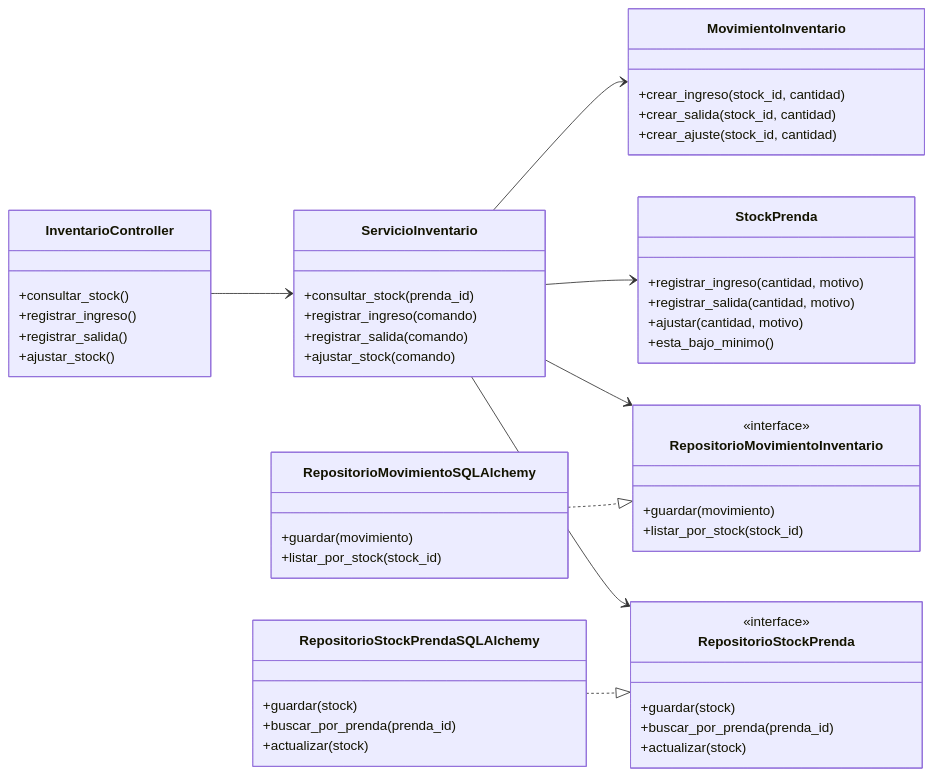
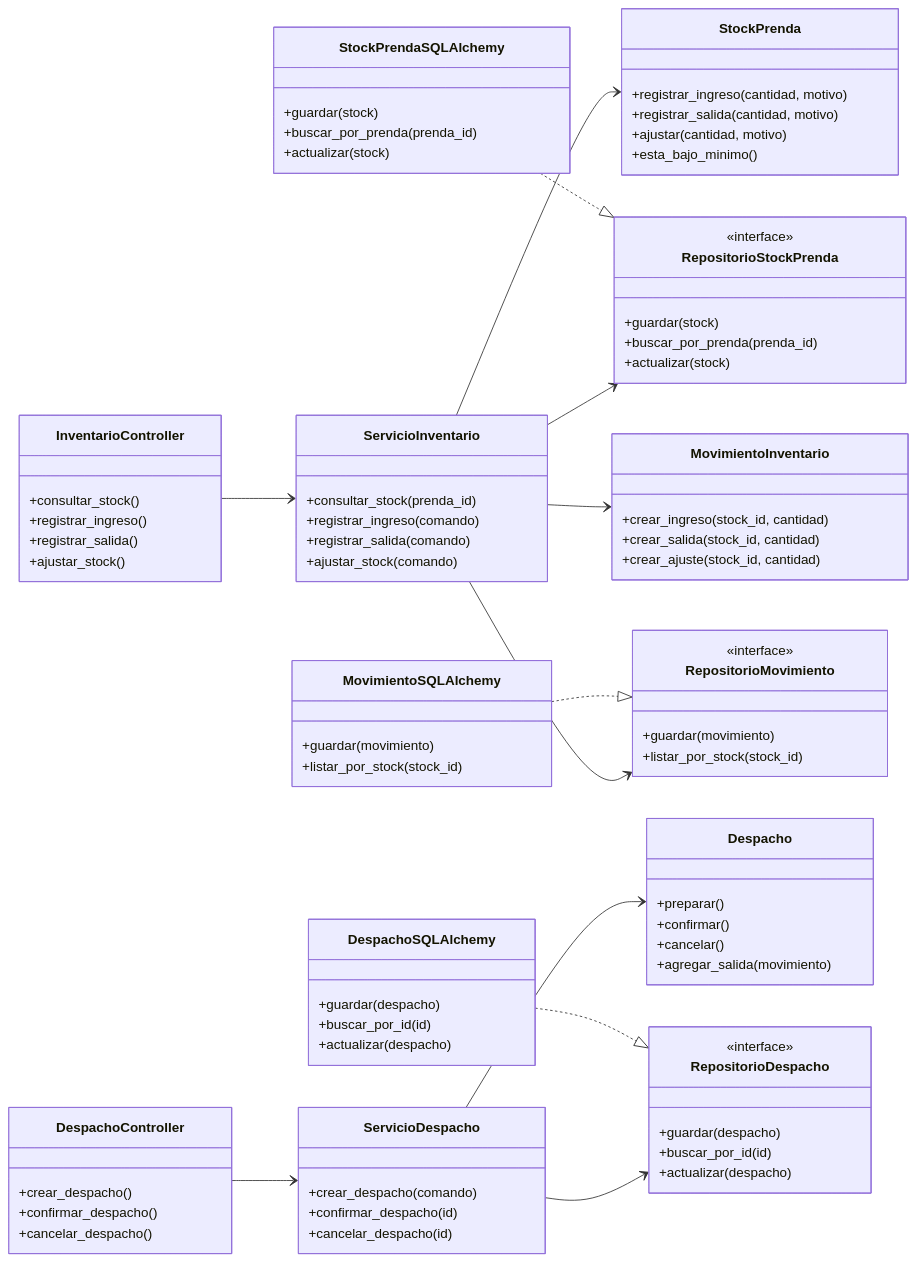
The third of 4 diagrams in docs/arquitectura.md (javierRock/SoftwareTextil), drawn with Mermaid before and after one commit. The commit also changed other lines of this file and 2 other files, not shown here.

First line of the commit message:
docs: mejorar documentacion con imagenes del repositorio

````diff
--- a/docs/arquitectura.md
+++ b/docs/arquitectura.md
@@ -91,11 +109,23 @@
         +ajustar_stock()
     }
 
+    class DespachoController {
+        +crear_despacho()
+        +confirmar_despacho()
+        +cancelar_despacho()
+    }
+
     class ServicioInventario {
         +consultar_stock(prenda_id)
         +registrar_ingreso(comando)
         +registrar_salida(comando)
         +ajustar_stock(comando)
+    }
+
+    class ServicioDespacho {
+        +crear_despacho(comando)
+        +confirmar_despacho(id)
+        +cancelar_despacho(id)
     }
 
     class RepositorioStockPrenda {
@@ -105,10 +135,17 @@
         +actualizar(stock)
     }
 
-    class RepositorioMovimientoInventario {
+    class RepositorioMovimiento {
         <<interface>>
         +guardar(movimiento)
         +listar_por_stock(stock_id)
+    }
+
+    class RepositorioDespacho {
+        <<interface>>
+        +guardar(despacho)
+        +buscar_por_id(id)
+        +actualizar(despacho)
     }
 
     class StockPrenda {
@@ -124,22 +161,39 @@
         +crear_ajuste(stock_id, cantidad)
     }
 
-    class RepositorioStockPrendaSQLAlchemy {
+    class Despacho {
+        +preparar()
+        +confirmar()
+        +cancelar()
+        +agregar_salida(movimiento)
+    }
+
+    class StockPrendaSQLAlchemy {
         +guardar(stock)
         +buscar_por_prenda(prenda_id)
         +actualizar(stock)
     }
 
-    class RepositorioMovimientoSQLAlchemy {
+    class MovimientoSQLAlchemy {
         +guardar(movimiento)
         +listar_por_stock(stock_id)
     }
 
+    class DespachoSQLAlchemy {
+        +guardar(despacho)
+        +buscar_por_id(id)
+        +actualizar(despacho)
+    }
+
     InventarioController --> ServicioInventario
+    DespachoController --> ServicioDespacho
     ServicioInventario --> RepositorioStockPrenda
-    ServicioInventario --> RepositorioMovimientoInventario
+    ServicioInventario --> RepositorioMovimiento
     ServicioInventario --> StockPrenda
     ServicioInventario --> MovimientoInventario
-    RepositorioStockPrendaSQLAlchemy ..|> RepositorioStockPrenda
-    RepositorioMovimientoSQLAlchemy ..|> RepositorioMovimientoInventario
+    ServicioDespacho --> RepositorioDespacho
+    ServicioDespacho --> Despacho
+    StockPrendaSQLAlchemy ..|> RepositorioStockPrenda
+    MovimientoSQLAlchemy ..|> RepositorioMovimiento
+    DespachoSQLAlchemy ..|> RepositorioDespacho
 ```
````
